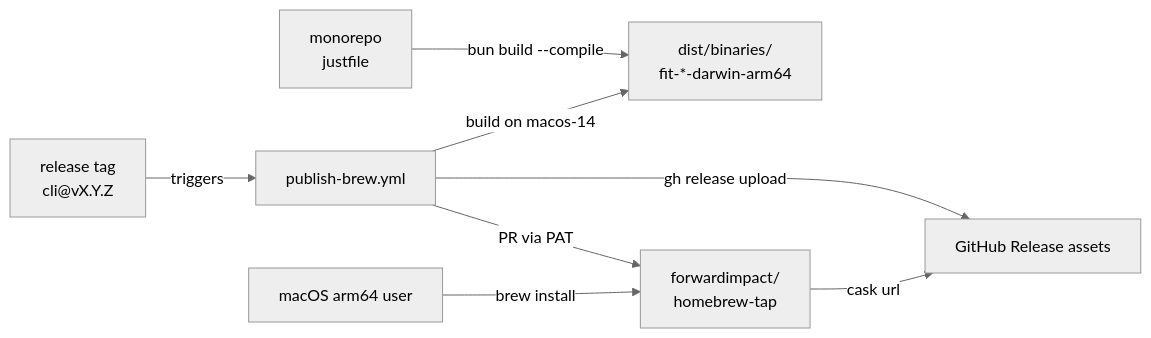
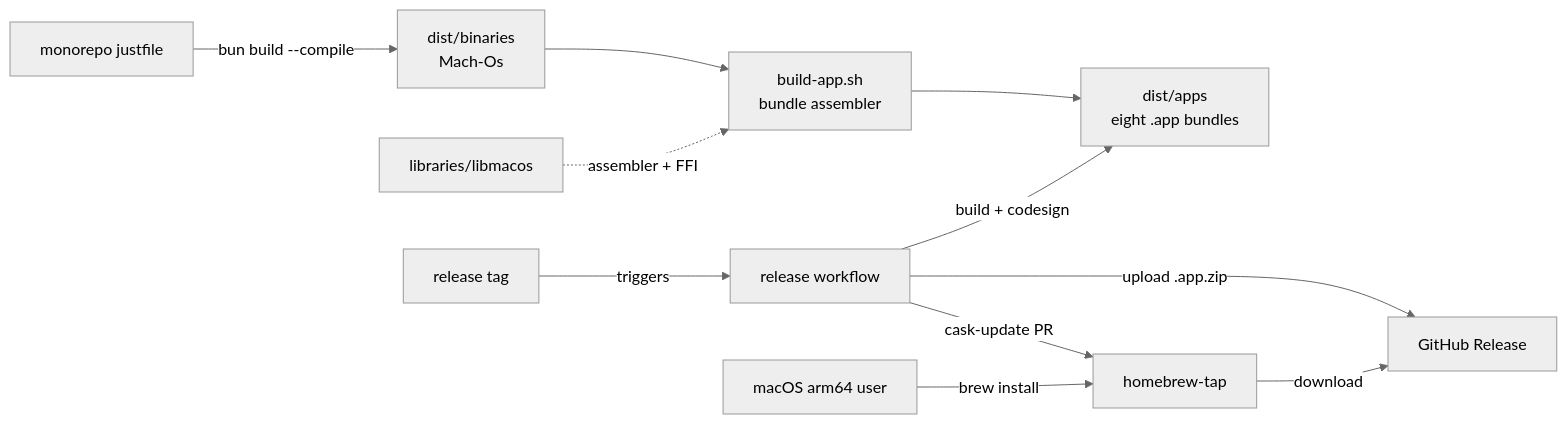
Before and after one commit to forwardimpact/pathway: the diagram in specs/600-native-binary-distribution/design.md, drawn with Mermaid (neutral theme). The commit also changed other lines of this file and 3 other files, not shown here.

First line of the commit message:
docs(specs): 600 approve plan — macOS .app bundle distribution + TCC (#516)

````diff
--- a/specs/600-native-binary-distribution/design.md
+++ b/specs/600-native-binary-distribution/design.md
@@ -8,10 +8,13 @@
 ```mermaid
 graph LR
-  MR[monorepo<br/>justfile] -->|bun build --compile| BIN[dist/binaries/<br/>fit-*-darwin-arm64]
-  Tag[release tag<br/>cli@vX.Y.Z] -->|triggers| WF[publish-brew.yml]
-  WF -->|build on macos-14| BIN
-  WF -->|gh release upload| REL[GitHub Release assets]
-  WF -->|PR via PAT| TAP[forwardimpact/<br/>homebrew-tap]
+  MR[monorepo justfile] -->|bun build --compile| MO[dist/binaries<br/>Mach-Os]
+  MO --> ASM[build-app.sh<br/>bundle assembler]
+  ASM --> APPS[dist/apps<br/>eight .app bundles]
+  LIB[libraries/libmacos] -.->|assembler + FFI| ASM
+  Tag[release tag] -->|triggers| WF[release workflow]
+  WF -->|build + codesign| APPS
+  WF -->|upload .app.zip| REL[GitHub Release]
+  WF -->|cask-update PR| TAP[homebrew-tap]
   User[macOS arm64 user] -->|brew install| TAP
-  TAP -->|cask url| REL
+  TAP -->|download| REL
 ```
````
